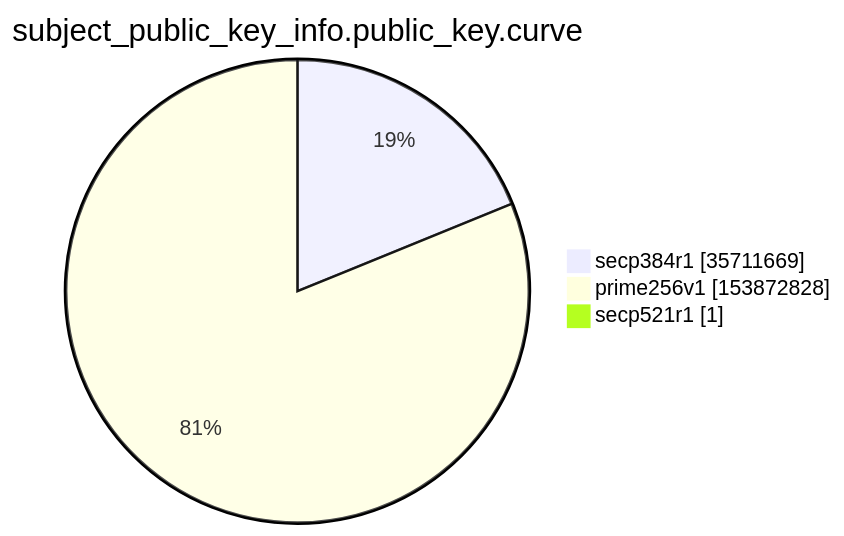
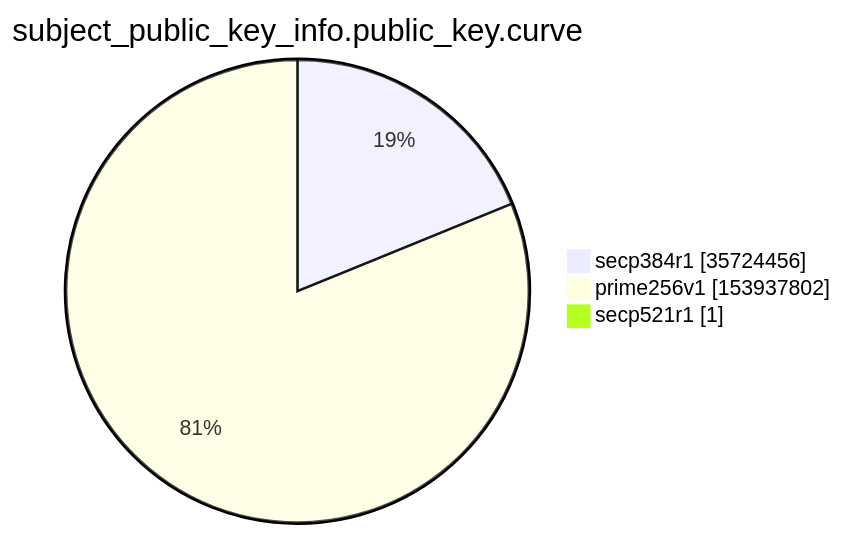
Before and after one commit to christiankrug/ctmonitor_visualization: the ninth of 15 diagrams in argon2022/README.md, drawn with Mermaid. The commit also changed other lines of this file, not shown here.

````diff
--- a/argon2022/README.md
+++ b/argon2022/README.md
@@ -2765,7 +2765,7 @@
 ```mermaid
 pie showData
 title subject_public_key_info.public_key.curve
-"secp384r1" :35711669
-"prime256v1" :153872828
+"secp384r1" :35724456
+"prime256v1" :153937802
 "secp521r1" :1
 ```
````
